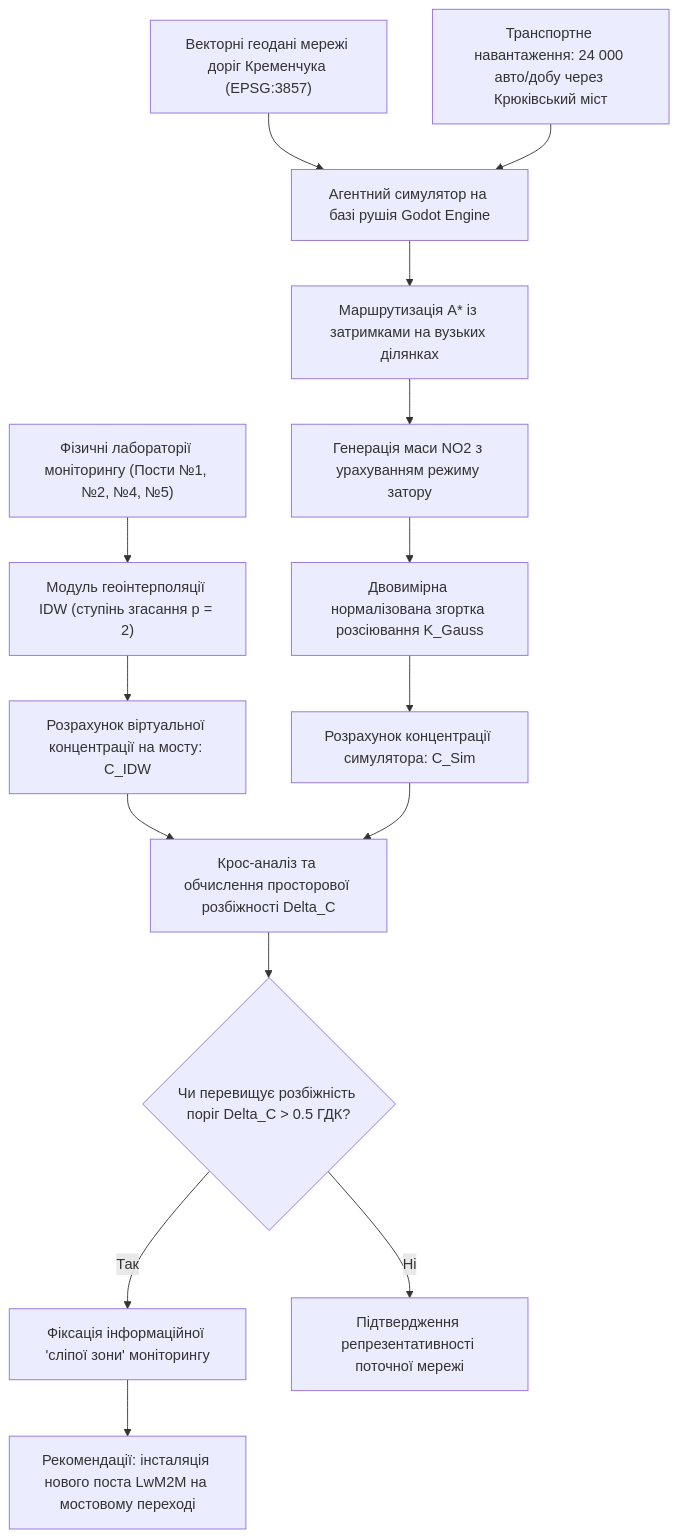
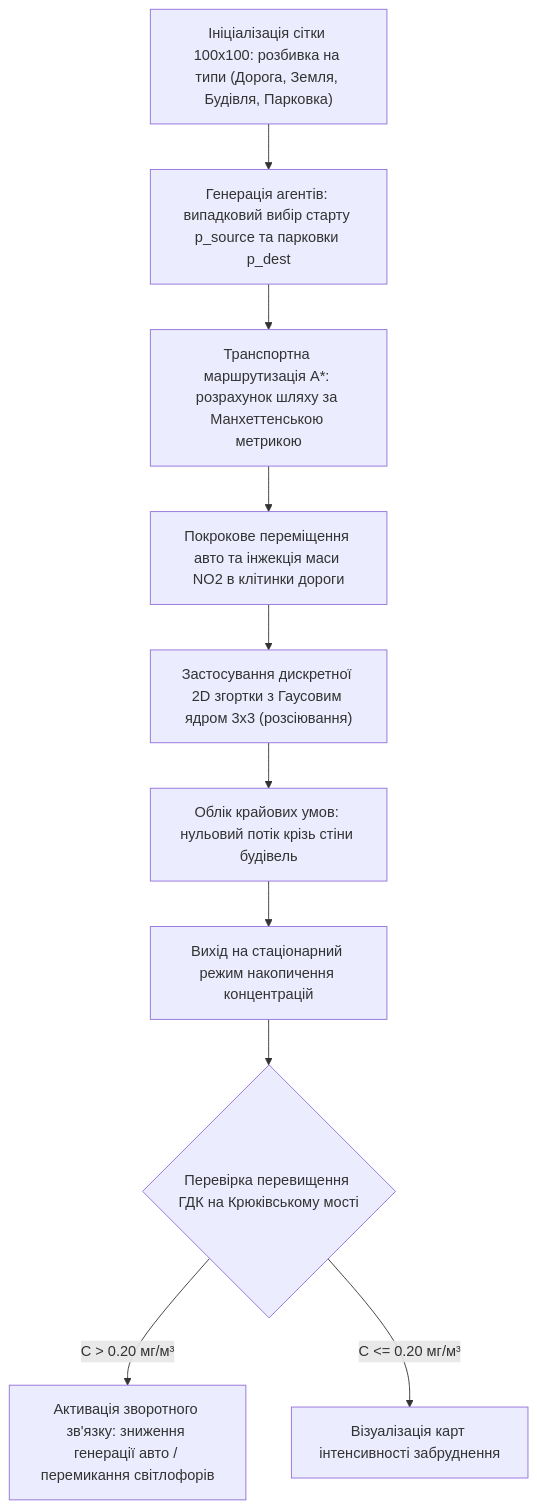
One commit to KyryloVadurin/eco-systems-analytics changed the fourth of 4 diagrams in docs/lk/lk6.md. Above: the diagram before and after it, drawn with Mermaid. The commit also changed other lines of this file and 9 other files, not shown here.

````diff
--- a/docs/lk/lk6.md
+++ b/docs/lk/lk6.md
@@ -375,22 +404,12 @@
 ```mermaid
 flowchart TD
-    PhysicalSensors["Фізичні лабораторії моніторингу (Пости №1, №2, №4, №5)"] --> IDWModule["Модуль геоінтерполяції IDW (ступінь згасання p = 2)"]
-    IDWModule --> VirtualBridgePoint["Розрахунок віртуальної концентрації на мосту: C_IDW"]
-    
-    UrbanTopology["Векторні геодані мережі доріг Кременчука (EPSG:3857)"] --> AgentSimulator["Агентний симулятор на базі рушія Godot Engine"]
-    TrafficData["Транспортне навантаження: 24 000 авто/добу через Крюківський міст"] --> AgentSimulator
-    
-    AgentSimulator --> AStarRouting["Маршрутизація A* із затримками на вузьких ділянках"]
-    AStarRouting --> LocalEmission["Генерація маси NO2 з урахуванням режиму затору"]
-    LocalEmission --> GaussConvolution["Двовимірна нормалізована згортка розсіювання K_Gauss"]
-    GaussConvolution --> SimulatedPoint["Розрахунок концентрації симулятора: C_Sim"]
-    
-    VirtualBridgePoint --> DivergenceAnalysis["Крос-аналіз та обчислення просторової розбіжності Delta_C"]
-    SimulatedPoint --> DivergenceAnalysis
-    
-    DivergenceAnalysis --> DecisionCheck{"Чи перевищує розбіжність поріг Delta_C > 0.5 ГДК?"}
-    DecisionCheck -- Так --> BlindSpotDetected["Фіксація інформаційної 'сліпої зони' моніторингу"]
-    DecisionCheck -- Ні --> VerifiedField["Підтвердження репрезентативності поточної мережі"]
-    
-    BlindSpotDetected --> InfrastructureOptimization["Рекомендації: інсталяція нового поста LwM2M на мостовому переході"]
+    A["Ініціалізація сітки 100x100: розбивка на типи (Дорога, Земля, Будівля, Парковка)"] --> B["Генерація агентів: випадковий вибір старту p_source та парковки p_dest"]
+    B --> C["Транспортна маршрутизація A*: розрахунок шляху за Манхеттенською метрикою"]
+    C --> D["Покрокове переміщення авто та інжекція маси NO2 в клітинки дороги"]
+    D --> E["Застосування дискретної 2D згортки з Гаусовим ядром 3x3 (розсіювання)"]
+    E --> F["Облік крайових умов: нульовий потік крізь стіни будівель"]
+    F --> G["Вихід на стаціонарний режим накопичення концентрацій"]
+    G --> H{"Перевірка перевищення ГДК на Крюківському мості"}
+    H -- "C > 0.20 мг/м³" --> I["Активація зворотного зв'язку: зниження генерації авто / перемикання світлофорів"]
+    H -- "C <= 0.20 мг/м³" --> J["Візуалізація карт інтенсивності забруднення"]
 ```
````
